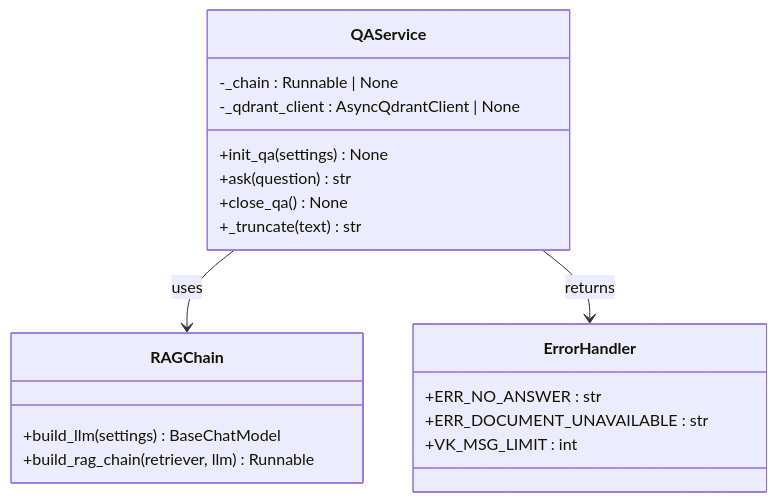
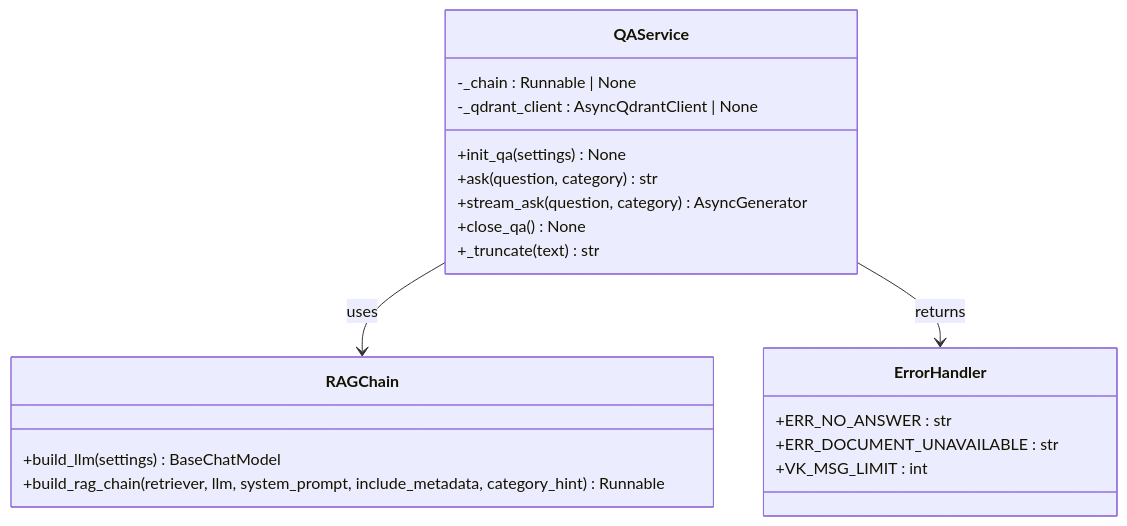
One commit to ognelis/cafetera_hr_bot changed diagram 13 of 29 in .qoder/repowiki/en/content/VK Integration/VK Integration.md. Above: the diagram before and after it, drawn with Mermaid. The commit also changed other lines of this file and 27 other files, not shown here.

````diff
--- a/.qoder/repowiki/en/content/VK Integration/VK Integration.md
+++ b/.qoder/repowiki/en/content/VK Integration/VK Integration.md
@@ -595,22 +786,23 @@
 ```mermaid
 classDiagram
 class QAService {
 -_chain : Runnable | None
 -_qdrant_client : AsyncQdrantClient | None
 +init_qa(settings) None
-+ask(question) str
++ask(question, category) str
++stream_ask(question, category) AsyncGenerator
 +close_qa() None
 +_truncate(text) str
 }
 class RAGChain {
 +build_llm(settings) BaseChatModel
-+build_rag_chain(retriever, llm) Runnable
++build_rag_chain(retriever, llm, system_prompt, include_metadata, category_hint) Runnable
 }
 class ErrorHandler {
 +ERR_NO_ANSWER : str
 +ERR_DOCUMENT_UNAVAILABLE : str
 +VK_MSG_LIMIT : int
 }
 QAService --> RAGChain : uses
 QAService --> ErrorHandler : returns
 ```
````
